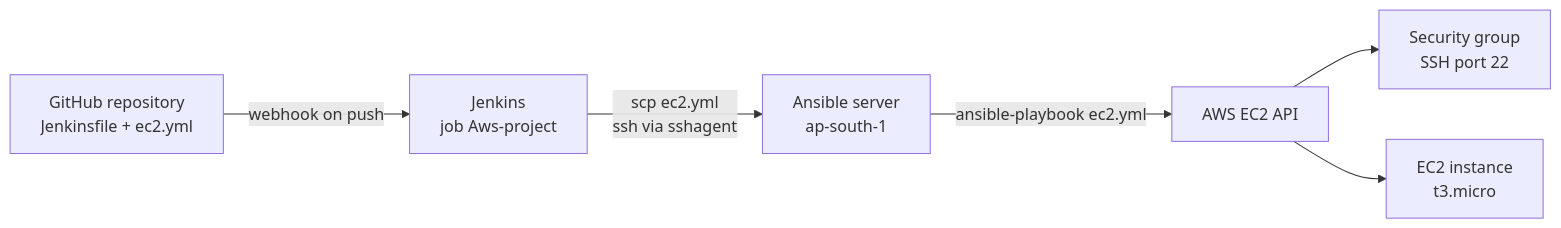
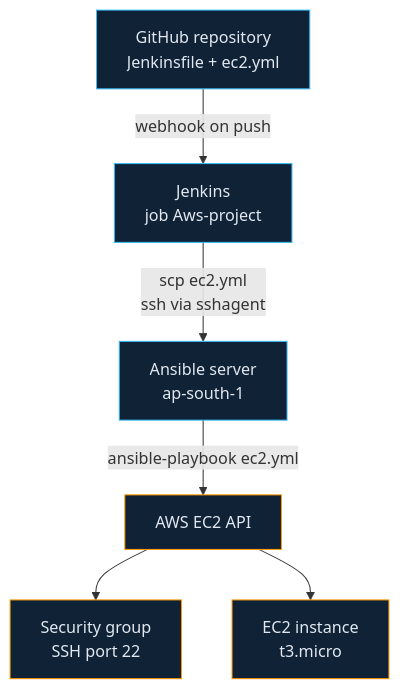
The seventh of 8 diagrams in README.md (PushpenderKumar7505/PushpenderKumar7505), drawn with Mermaid before and after one commit. The commit also changed other lines of this file, not shown here.

````diff
--- a/README.md
+++ b/README.md
@@ -381,8 +281,12 @@
 ```mermaid
-flowchart LR
+flowchart TB
     GH["GitHub repository<br/>Jenkinsfile + ec2.yml"] -->|"webhook on push"| J["Jenkins<br/>job Aws-project"]
     J -->|"scp ec2.yml<br/>ssh via sshagent"| A["Ansible server<br/>ap-south-1"]
     A -->|"ansible-playbook ec2.yml"| API["AWS EC2 API"]
     API --> SG["Security group<br/>SSH port 22"]
     API --> EC2["EC2 instance<br/>t3.micro"]
+
+    classDef default fill:#0f2236,stroke:#38bdf8,color:#e2e8f0
+    classDef aws fill:#0f2236,stroke:#ff9900,color:#e2e8f0
+    class API,SG,EC2 aws
 ```
````
